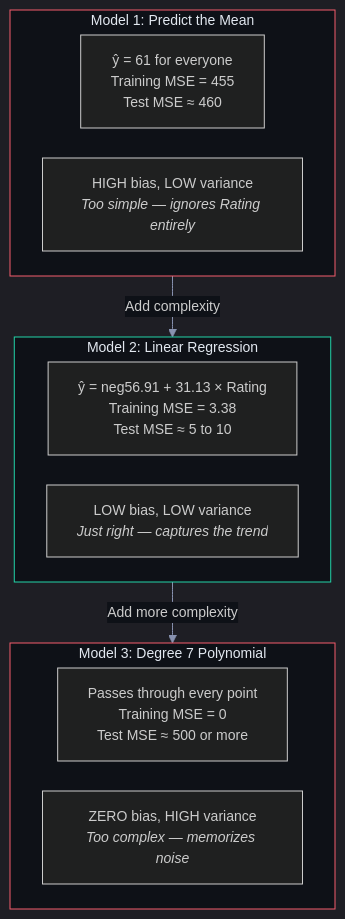
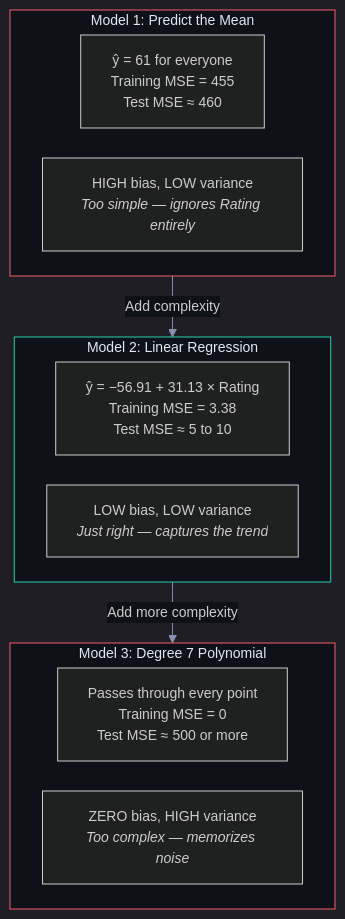
The second of 10 diagrams in Documents/Visual_Guides/ML_Concepts/Bias_Variance_Regularization_Visual.md (snehith1234/StudyCircle), drawn with Mermaid before and after one commit. The commit also changed 7 other files, not shown here.

Commit message:
Fix minus/neg in Mermaid: use proper − symbol instead of words

````diff
--- a/Documents/Visual_Guides/ML_Concepts/Bias_Variance_Regularization_Visual.md
+++ b/Documents/Visual_Guides/ML_Concepts/Bias_Variance_Regularization_Visual.md
@@ -58,24 +58,24 @@
 ```mermaid
 %%{init: {'theme': 'dark', 'themeVariables': {'darkMode': true, 'background': '#0e1117', 'primaryColor': '#1a1d2e', 'primaryTextColor': '#e2e8f0', 'primaryBorderColor': '#2d3148', 'lineColor': '#8892b0', 'secondaryColor': '#252840', 'tertiaryColor': '#1a1d2e', 'fontSize': '14px', 'edgeLabelBackground': '#0e1117'}, 'flowchart': {'nodeSpacing': 30, 'rankSpacing': 40, 'padding': 15, 'htmlLabels': true}}}%%
 graph TD
     subgraph M1["Model 1: Predict the Mean"]
         M1D["ŷ = 61 for everyone<br/>Training MSE = 455<br/>Test MSE ≈ 460"]
         M1V["HIGH bias, LOW variance<br/><i>Too simple — ignores Rating entirely</i>"]
     end
 
     subgraph M2["Model 2: Linear Regression"]
-        M2D["ŷ = neg56.91 + 31.13 × Rating<br/>Training MSE = 3.38<br/>Test MSE ≈ 5 to 10"]
+        M2D["ŷ = −56.91 + 31.13 × Rating<br/>Training MSE = 3.38<br/>Test MSE ≈ 5 to 10"]
         M2V["LOW bias, LOW variance<br/><i>Just right — captures the trend</i>"]
     end
 
     subgraph M3["Model 3: Degree 7 Polynomial"]
         M3D["Passes through every point<br/>Training MSE = 0<br/>Test MSE ≈ 500 or more"]
         M3V["ZERO bias, HIGH variance<br/><i>Too complex — memorizes noise</i>"]
     end
 
     M1 -->|"Add complexity"| M2 -->|"Add more complexity"| M3
 
     style M1 fill:#0e1117,stroke:#f45d6d,color:#e2e8f0
     style M2 fill:#0e1117,stroke:#22d3a7,color:#e2e8f0
     style M3 fill:#0e1117,stroke:#f45d6d,color:#e2e8f0
 ```
````
